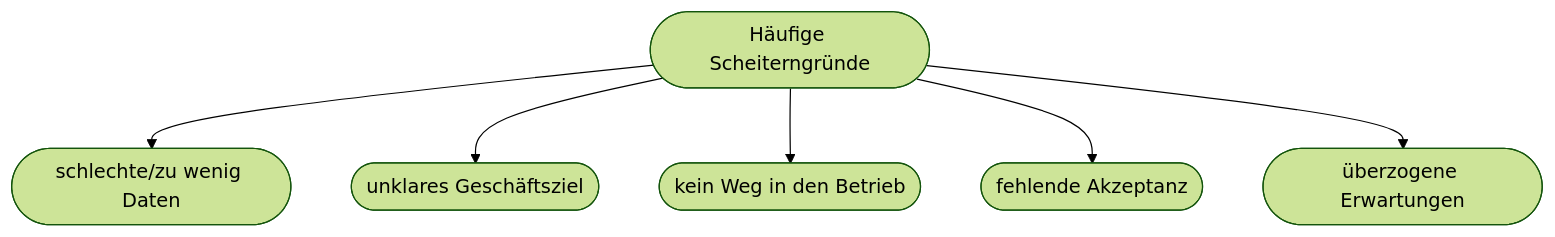
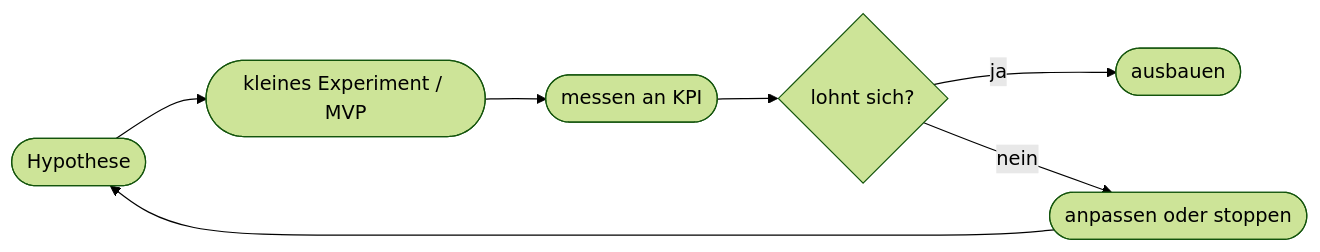
One commit to Qualidy/Prompt-Engineering-KI-in-der-Arbeitswelt changed the diagram in docs/content/kapitel35.md. Above: the diagram before and after it, drawn with Mermaid (forest theme). The commit also changed other lines of this file and 80 other files, not shown here.

````diff
--- a/docs/content/kapitel35.md
+++ b/docs/content/kapitel35.md
@@ -32,8 +55,9 @@
 ```mermaid
-flowchart TD
-    A([Häufige Scheiterngründe]) --> B([schlechte/zu wenig Daten])
-    A --> C([unklares Geschäftsziel])
-    A --> D([kein Weg in den Betrieb])
-    A --> E([fehlende Akzeptanz])
-    A --> F([überzogene Erwartungen])
+flowchart LR
+    A([Hypothese]) --> B([kleines Experiment / MVP])
+    B --> C([messen an KPI])
+    C --> D{lohnt sich?}
+    D -->|ja| E([ausbauen])
+    D -->|nein| F([anpassen oder stoppen])
+    F --> A
 ```
````
